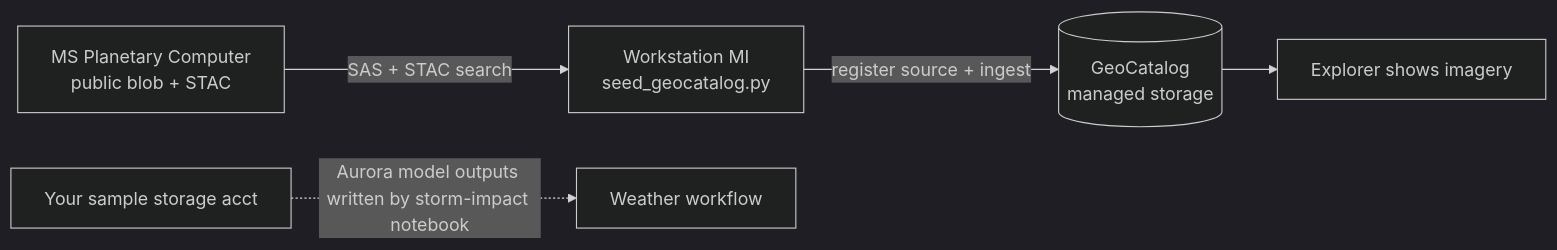
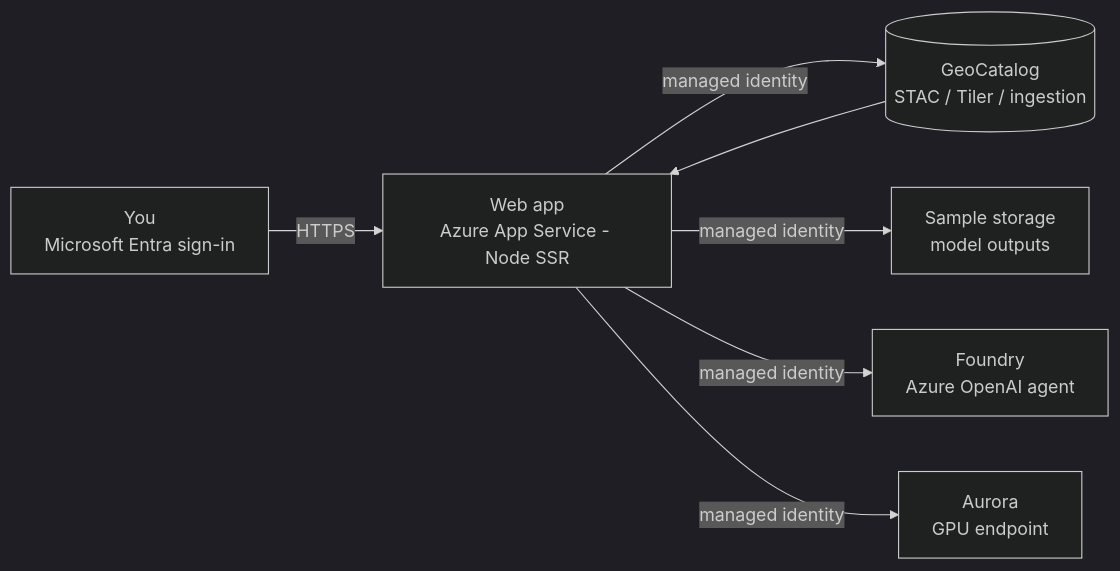
One commit to Balunywa/planetary-computer-pro-poc changed the diagram in README.md. Above: the diagram before and after it, drawn with Mermaid (dark theme). The commit also changed other lines of this file and 4753 other files, not shown here.

````diff
--- a/README.md
+++ b/README.md
@@ -262,7 +85,9 @@
 ```mermaid
 flowchart LR
-    PC[MS Planetary Computer<br/>public blob + STAC] -->|SAS + STAC search| VM[Workstation MI<br/>seed_geocatalog.py]
-    VM -->|register source + ingest| GC[(GeoCatalog<br/>managed storage)]
-    GC --> EXP[Explorer shows imagery]
-    SA[Your sample storage acct] -.Aurora model outputs written by storm-impact notebook.-> AUR[Weather workflow]
+    U[You<br/>Microsoft Entra sign-in] -->|HTTPS| APP[Web app<br/>Azure App Service - Node SSR]
+    APP -->|managed identity| GC[(GeoCatalog<br/>STAC / Tiler / ingestion)]
+    APP -->|managed identity| SA[Sample storage<br/>model outputs]
+    APP -->|managed identity| FDN[Foundry<br/>Azure OpenAI agent]
+    APP -->|managed identity| AUR[Aurora<br/>GPU endpoint]
+    GC --> APP
 ```
````
